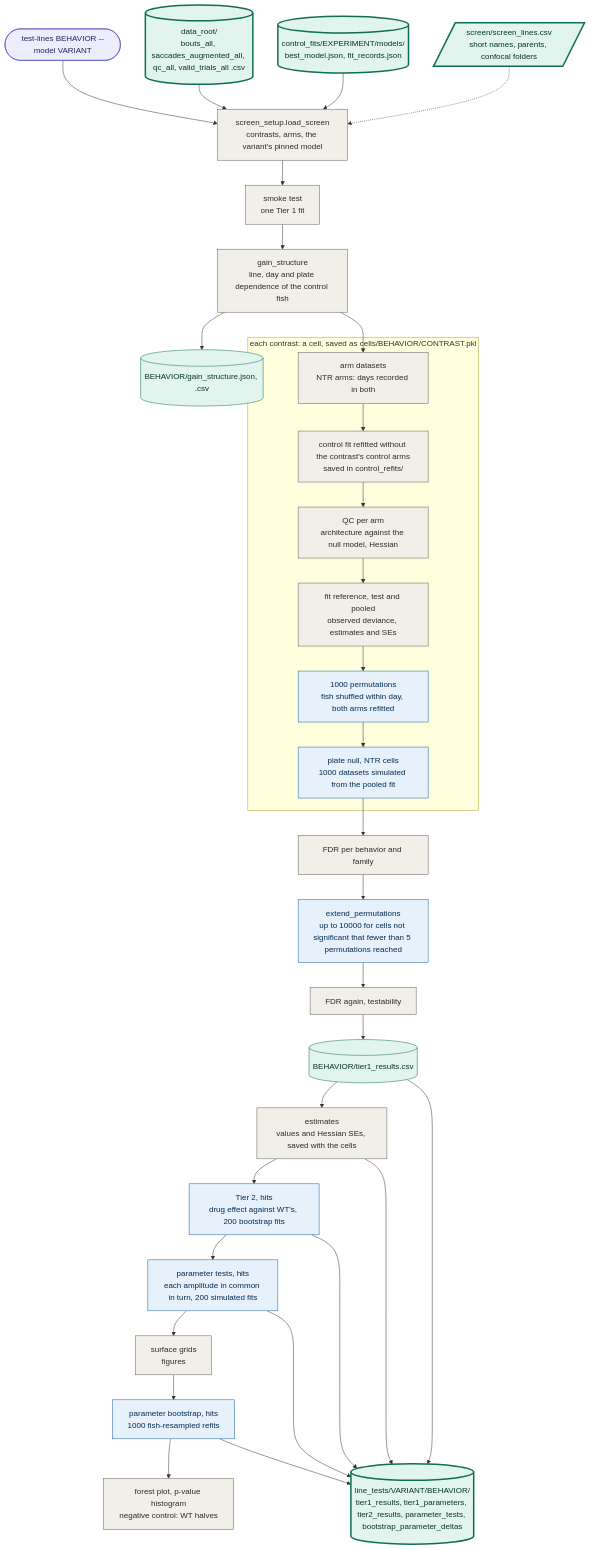
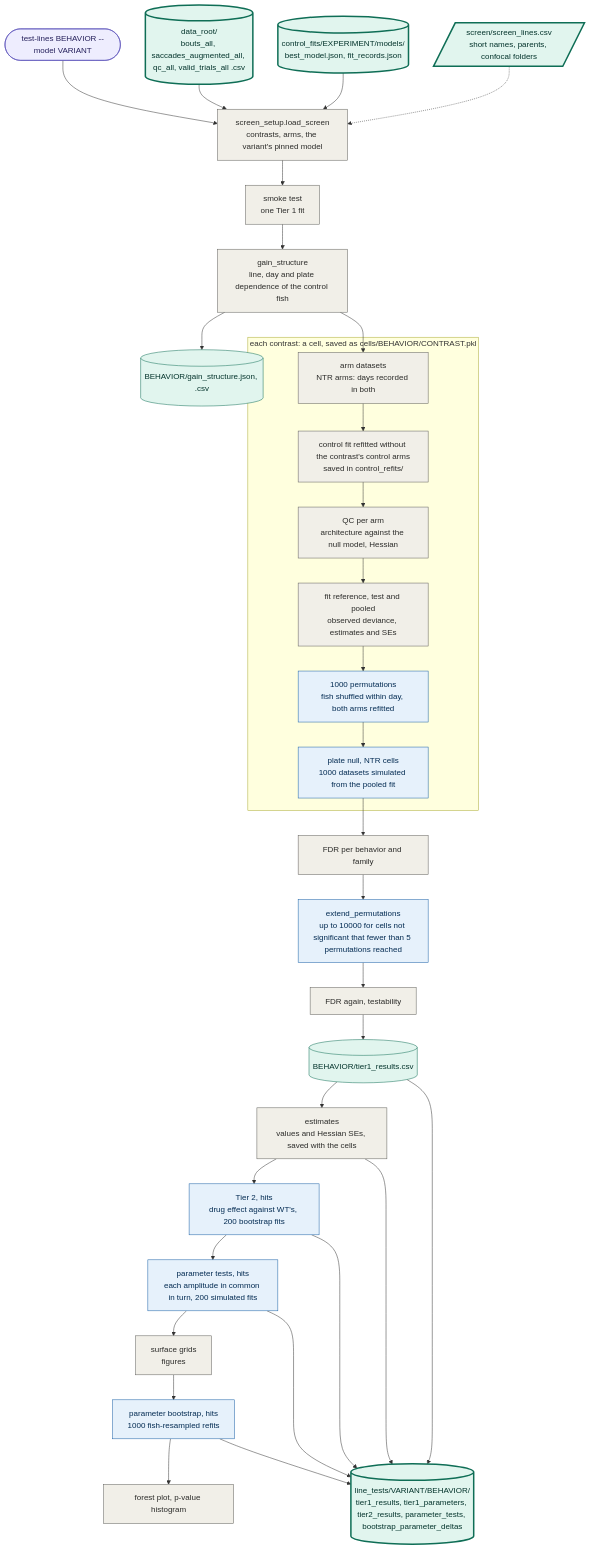
Before and after one commit to ElTinmar/BehaviorScreen: the fifth of 7 diagrams in docs/pipeline.md, drawn with Mermaid. The commit also changed other lines of this file and 4 other files, not shown here.

````diff
--- a/docs/pipeline.md
+++ b/docs/pipeline.md
@@ -233,66 +233,66 @@
 ```mermaid
 %% stage: Line tests
 %% shared: merged control_fits lines_csv behavior_tables
 flowchart TD
   test_cmd(["test-lines BEHAVIOR --model VARIANT"]):::cmd
   merged[("data_root/<br>bouts_all, saccades_augmented_all, qc_all, valid_trials_all .csv")]:::shared
   control_fits[("control_fits/EXPERIMENT/models/<br>best_model.json, fit_records.json")]:::shared
   lines_csv[/"screen/screen_lines.csv<br>short names, parents, confocal folders"/]:::shared
   setup["screen_setup.load_screen<br>contrasts, arms, the variant's pinned model"]:::step
   smoke["smoke test<br>one Tier 1 fit"]:::step
   gain_structure["gain_structure<br>line, day and plate dependence of the control fish"]:::step
   gs_out[("BEHAVIOR/gain_structure.json, .csv")]:::data
   subgraph cells["each contrast: a cell, saved as cells/BEHAVIOR/CONTRAST.pkl"]
     arm_data["arm datasets<br>NTR arms: days recorded in both"]:::step
     control_refit["control fit refitted without the contrast's control arms<br>saved in control_refits/"]:::step
     arm_qc["QC per arm<br>architecture against the null model, Hessian"]:::step
     arm_fits["fit reference, test and pooled<br>observed deviance, estimates and SEs"]:::step
     permutations["1000 permutations<br>fish shuffled within day, both arms refitted"]:::par
     plate_null["plate null, NTR cells<br>1000 datasets simulated from the pooled fit"]:::par
   end
   fdr["FDR per behavior and family"]:::step
   extend["extend_permutations<br>up to 10000 for cells not significant that fewer than 5 permutations reached"]:::par
   fdr_again["FDR again, testability"]:::step
   tier1[("BEHAVIOR/tier1_results.csv")]:::data
   estimates["estimates<br>values and Hessian SEs, saved with the cells"]:::step
   tier2["Tier 2, hits<br>drug effect against WT's, 200 bootstrap fits"]:::par
   posthoc["parameter tests, hits<br>each amplitude in common in turn, 200 simulated fits"]:::par
   grids["surface grids<br>figures"]:::step
   pboot["parameter bootstrap, hits<br>1000 fish-resampled refits"]:::par
-  checks["forest plot, p-value histogram<br>negative control: WT halves"]:::step
+  checks["forest plot, p-value histogram"]:::step
   behavior_tables[("line_tests/VARIANT/BEHAVIOR/<br>tier1_results, tier1_parameters, tier2_results, parameter_tests, bootstrap_parameter_deltas")]:::shared
   test_cmd --> setup
   merged --> setup
   control_fits --> setup
   lines_csv -.-> setup
   setup --> smoke
   smoke --> gain_structure
   gain_structure --> gs_out
   gain_structure --> arm_data
   arm_data --> control_refit
   control_refit --> arm_qc
   arm_qc --> arm_fits
   arm_fits --> permutations
   permutations --> plate_null
   plate_null --> fdr
   fdr --> extend
   extend --> fdr_again
   fdr_again --> tier1
   tier1 --> estimates
   estimates --> tier2
   tier2 --> posthoc
   posthoc --> grids
   grids --> pboot
   pboot --> checks
   tier1 --> behavior_tables
   estimates --> behavior_tables
   tier2 --> behavior_tables
   posthoc --> behavior_tables
   pboot --> behavior_tables
   classDef cmd fill:#EEEDFE,stroke:#534AB7,color:#26215C
   classDef step fill:#F1EFE8,stroke:#5F5E5A,color:#2C2C2A
   classDef par fill:#E6F1FB,stroke:#185FA5,color:#042C53
   classDef data fill:#E1F5EE,stroke:#0F6E56,color:#04342C
   classDef shared fill:#E1F5EE,stroke:#0F6E56,color:#04342C,stroke-width:3px
   classDef config fill:#FAEEDA,stroke:#854F0B,color:#412402
 ```
````
